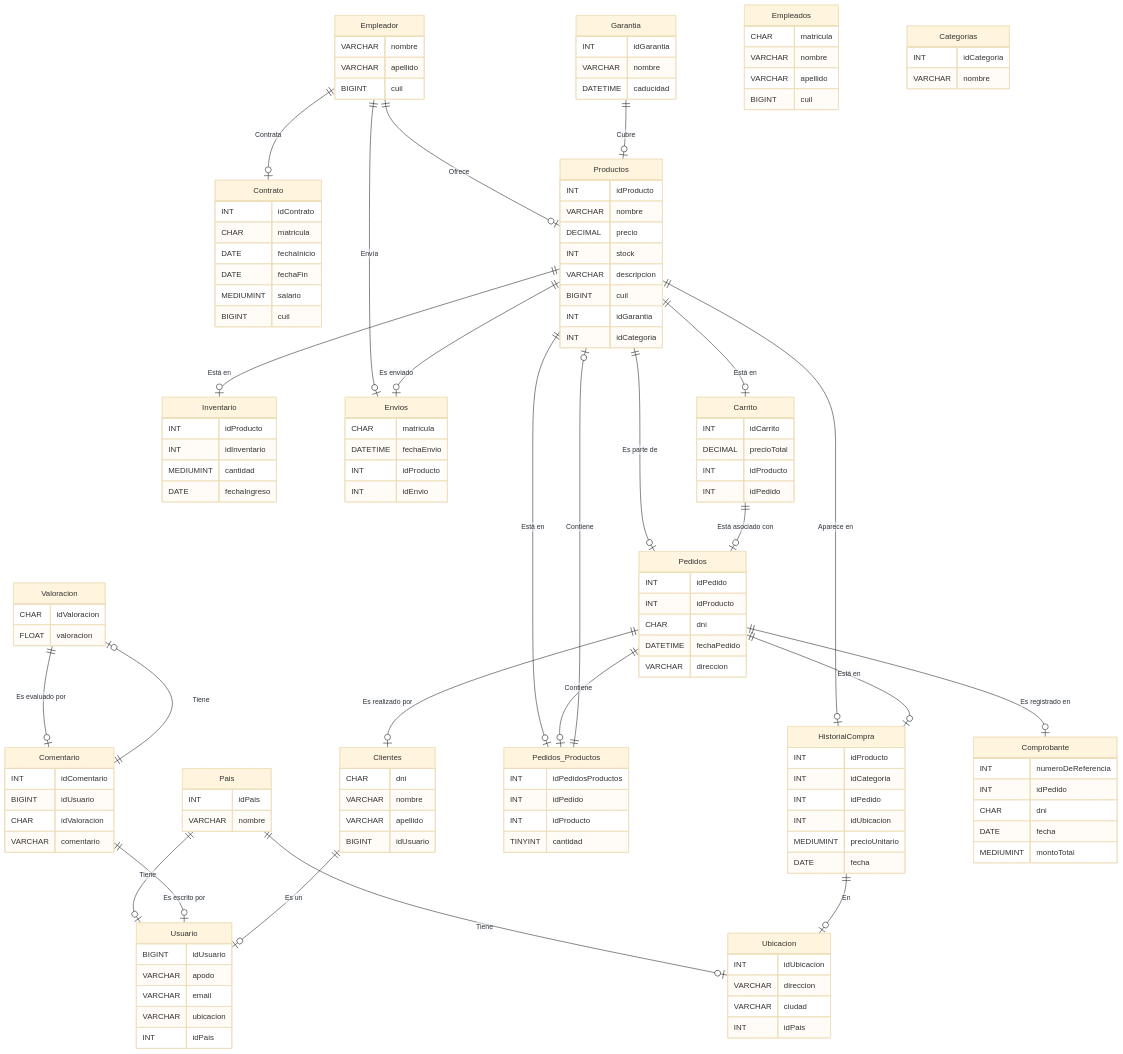
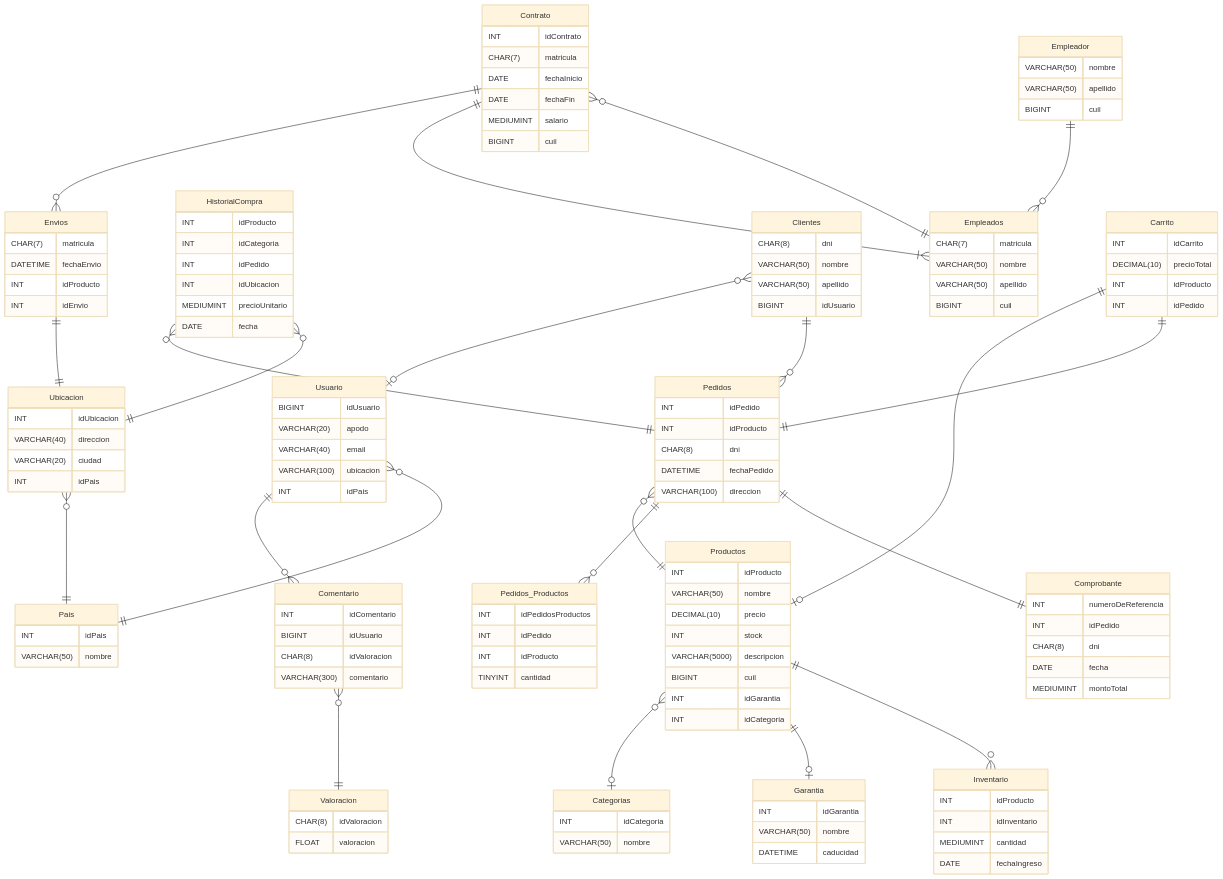
The diagram in Preview.md (Darkops56/BD_TiendaOnline), drawn with Mermaid (base theme) before and after one commit. The commit also changed other lines of this file, not shown here.

Commit message:
BD_tiendaOnline

````diff
--- a/Preview.md
+++ b/Preview.md
@@ -5,108 +5,19 @@
 ```mermaid
 erDiagram
-    Pais {
-        INT idPais
-        VARCHAR nombre
-    }
-
-    Ubicacion {
-        INT idUbicacion
-        VARCHAR direccion
-        VARCHAR ciudad
-        INT idPais
-    }
-
-    Garantia {
-        INT idGarantia
-        VARCHAR nombre
-        DATETIME caducidad
-    }
-
-    Empleador {
-        VARCHAR nombre
-        VARCHAR apellido
-        BIGINT cuil
-    }
-
-    Valoracion {
-        CHAR idValoracion
-        FLOAT valoracion
-    }
-
-    Empleados {
-        CHAR matricula
-        VARCHAR nombre
-        VARCHAR apellido
-        BIGINT cuil
-    }
-
-    Categorias {
-        INT idCategoria
-        VARCHAR nombre
-    }
-
-    Usuario {
-        BIGINT idUsuario
-        VARCHAR apodo
-        VARCHAR email
-        VARCHAR ubicacion
-        INT idPais
-    }
-
-    Comentario {
-        INT idComentario
-        BIGINT idUsuario
-        CHAR idValoracion
-        VARCHAR comentario
-    }
-
-    Clientes {
-        CHAR dni
-        VARCHAR nombre
-        VARCHAR apellido
-        BIGINT idUsuario
-    }
-
     Contrato {
         INT idContrato
-        CHAR matricula
+        CHAR(7) matricula
         DATE fechaInicio
         DATE fechaFin
         MEDIUMINT salario
         BIGINT cuil
     }
 
-    Productos {
+    Envios {
+        CHAR(7) matricula
+        DATETIME fechaEnvio
         INT idProducto
-        VARCHAR nombre
-        DECIMAL precio
-        INT stock
-        VARCHAR descripcion
-        BIGINT cuil
-        INT idGarantia
-        INT idCategoria
-    }
-
-    Inventario {
-        INT idProducto
-        INT idInventario
-        MEDIUMINT cantidad
-        DATE fechaIngreso
-    }
-
-    Pedidos {
-        INT idPedido
-        INT idProducto
-        CHAR dni
-        DATETIME fechaPedido
-        VARCHAR direccion
-    }
-
-    Pedidos_Productos {
-        INT idPedidosProductos
-        INT idPedido
-        INT idProducto
-        TINYINT cantidad
+        INT idEnvio
     }
 
     HistorialCompra {
@@ -118,49 +29,136 @@
         DATE fecha
     }
 
+    Clientes {
+        CHAR(8) dni
+        VARCHAR(50) nombre
+        VARCHAR(50) apellido
+        BIGINT idUsuario
+    }
+
+    Valoracion {
+        CHAR(8) idValoracion
+        FLOAT valoracion
+    }
+
+    Pedidos {
+        INT idPedido
+        INT idProducto
+        CHAR(8) dni
+        DATETIME fechaPedido
+        VARCHAR(100) direccion
+    }
+
+    Productos {
+        INT idProducto
+        VARCHAR(50) nombre
+        DECIMAL(10) precio
+        INT stock
+        VARCHAR(5000) descripcion
+        BIGINT cuil
+        INT idGarantia
+        INT idCategoria
+    }
+
+    Ubicacion {
+        INT idUbicacion
+        VARCHAR(40) direccion
+        VARCHAR(20) ciudad
+        INT idPais
+    }
+
+    Pais {
+        INT idPais
+        VARCHAR(50) nombre
+    }
+
+    Inventario {
+        INT idProducto
+        INT idInventario
+        MEDIUMINT cantidad
+        DATE fechaIngreso
+    }
+
+    Usuario {
+        BIGINT idUsuario
+        VARCHAR(20) apodo
+        VARCHAR(40) email
+        VARCHAR(100) ubicacion
+        INT idPais
+    }
+
+    Empleados {
+        CHAR(7) matricula
+        VARCHAR(50) nombre
+        VARCHAR(50) apellido
+        BIGINT cuil
+    }
+
+    Empleador {
+        VARCHAR(50) nombre
+        VARCHAR(50) apellido
+        BIGINT cuil
+    }
+
     Comprobante {
         INT numeroDeReferencia
         INT idPedido
-        CHAR dni
+        CHAR(8) dni
         DATE fecha
         MEDIUMINT montoTotal
     }
 
-    Envios {
-        CHAR matricula
-        DATETIME fechaEnvio
+    Pedidos_Productos {
+        INT idPedidosProductos
+        INT idPedido
         INT idProducto
-        INT idEnvio
+        TINYINT cantidad
+    }
+
+    Categorias {
+        INT idCategoria
+        VARCHAR(50) nombre
+    }
+
+    Comentario {
+        INT idComentario
+        BIGINT idUsuario
+        CHAR(8) idValoracion
+        VARCHAR(300) comentario
     }
 
     Carrito {
         INT idCarrito
-        DECIMAL precioTotal
+        DECIMAL(10) precioTotal
         INT idProducto
         INT idPedido
     }
 
-    Pais ||--o| Ubicacion: "Tiene"
-    Pais ||--o| Usuario: "Tiene"
-    Empleador ||--o| Productos: "Ofrece"
-    Empleador ||--o| Contrato: "Contrata"
-    Empleador ||--o| Envios: "Envía"
-    Garantia ||--o| Productos: "Cubre"
-    Valoracion ||--o| Comentario: "Es evaluado por"
-    Comentario ||--o| Usuario: "Es escrito por"
-    Comentario ||--o| Valoracion: "Tiene"
-    Clientes ||--o| Usuario: "Es un"
-    Productos ||--o| Pedidos: "Es parte de"
-    Productos ||--o| Inventario: "Está en"
-    Productos ||--o| Pedidos_Productos: "Está en"
-    Productos ||--o| HistorialCompra: "Aparece en"
-    Productos ||--o| Envios: "Es enviado"
-    Productos ||--o| Carrito: "Está en"
-    Pedidos ||--o| Clientes: "Es realizado por"
-    Pedidos ||--o| Comprobante: "Es registrado en"
-    Pedidos ||--o| HistorialCompra: "Está en"
-    Pedidos ||--o| Pedidos_Productos: "Contiene"
-    Pedidos_Productos ||--o| Productos: "Contiene"
-    HistorialCompra ||--o| Ubicacion: "En"
-    Carrito ||--o| Pedidos: "Está asociado con"
+    Garantia {
+        INT idGarantia
+        VARCHAR(50) nombre
+        DATETIME caducidad
+    }
+
+    Contrato ||--o{ Envios : ""
+    Contrato ||--|{ Empleados : ""
+    Envios ||--|| Ubicacion : ""
+    HistorialCompra }o--|| Pedidos : ""
+    HistorialCompra }o--|| Ubicacion : ""
+    Clientes }o--o| Usuario : ""
+    Clientes ||--o{ Pedidos : ""
+    Pedidos }o--|| Productos : ""
+    Productos }o--o| Categorias : ""
+    Productos ||--o| Garantia : ""
+    Pedidos ||--o{ Pedidos_Productos : ""
+    Pedidos ||--|| Comprobante : ""
+    Usuario ||--o{ Comentario : ""
+    Usuario }o--|| Pais : ""
+    Comentario }o--|| Valoracion : ""
+    Empleador ||--o{ Empleados : ""
+    Empleados ||--o{ Contrato : ""
+    Ubicacion }o--|| Pais : ""
+    Productos ||--o{ Inventario : ""
+    Carrito ||--o| Productos : ""
+    Carrito ||--|| Pedidos : ""
 ```
````
